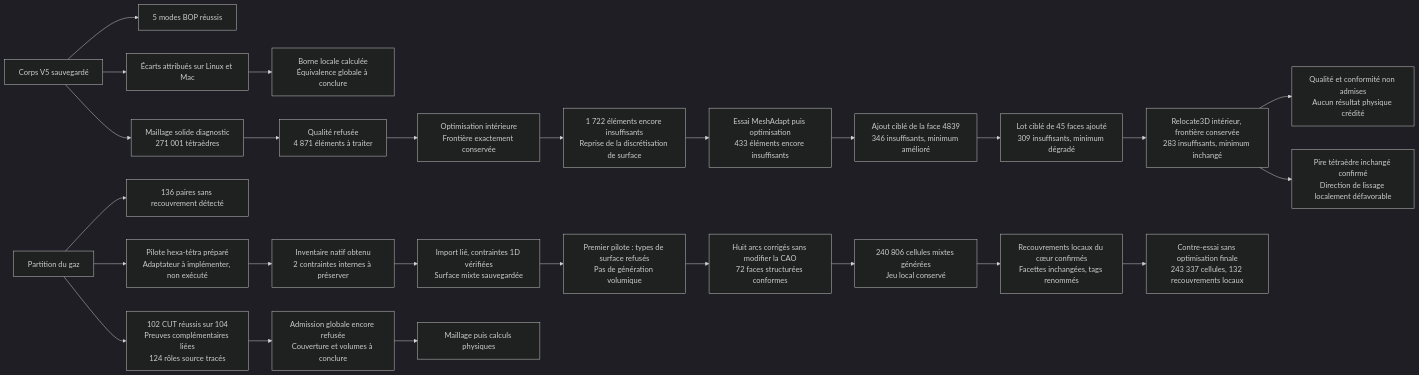
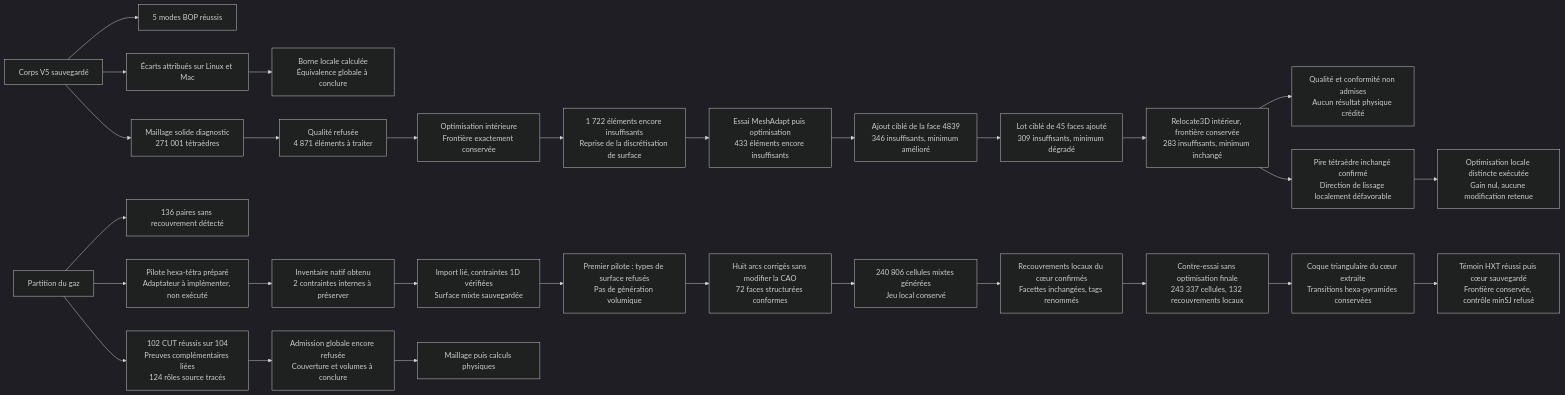
The diagram in docs/M64_GEOMETRY_CHECKPOINT_20260908.md (cluster2600/porscheparts), drawn with Mermaid (dark theme) before and after one commit. The commit also changed other lines of this file and 1 other file, not shown here.

Commit message:
docs(m64): record HXT core trial and independent mesh checks

````diff
--- a/docs/M64_GEOMETRY_CHECKPOINT_20260908.md
+++ b/docs/M64_GEOMETRY_CHECKPOINT_20260908.md
@@ -1058,28 +1147,31 @@
 ```mermaid
 flowchart LR
     A[Corps V5 sauvegardé] --> B[5 modes BOP réussis]
     A --> C[Écarts attribués sur Linux et Mac]
     C --> D[Borne locale calculée<br/>Équivalence globale à conclure]
     A --> J[Maillage solide diagnostic<br/>271 001 tétraèdres]
     J --> K[Qualité refusée<br/>4 871 éléments à traiter]
     K --> L[Optimisation intérieure<br/>Frontière exactement conservée]
     L --> M[1 722 éléments encore insuffisants<br/>Reprise de la discrétisation de surface]
     M --> O[Essai MeshAdapt puis optimisation<br/>433 éléments encore insuffisants]
     O --> P[Ajout ciblé de la face 4839<br/>346 insuffisants, minimum amélioré]
     P --> S[Lot ciblé de 45 faces ajouté<br/>309 insuffisants, minimum dégradé]
     S --> Y[Relocate3D intérieur, frontière conservée<br/>283 insuffisants, minimum inchangé]
     Y --> Q[Qualité et conformité non admises<br/>Aucun résultat physique crédité]
     E[Partition du gaz] --> F[136 paires sans recouvrement détecté]
     E --> N[Pilote hexa-tétra préparé<br/>Adaptateur à implémenter, non exécuté]
     N --> R[Inventaire natif obtenu<br/>2 contraintes internes à préserver]
     R --> T[Import lié, contraintes 1D vérifiées<br/>Surface mixte sauvegardée]
     T --> U[Premier pilote : types de surface refusés<br/>Pas de génération volumique]
     U --> V[Huit arcs corrigés sans modifier la CAO<br/>72 faces structurées conformes]
     V --> W[240 806 cellules mixtes générées<br/>Jeu local conservé]
     W --> X[Recouvrements locaux du cœur confirmés<br/>Facettes inchangées, tags renommés]
     X --> Z[Contre-essai sans optimisation finale<br/>243 337 cellules, 132 recouvrements locaux]
     Y --> AA[Pire tétraèdre inchangé confirmé<br/>Direction de lissage localement défavorable]
+    AA --> AB[Optimisation locale distincte exécutée<br/>Gain nul, aucune modification retenue]
+    Z --> AC[Coque triangulaire du cœur extraite<br/>Transitions hexa-pyramides conservées]
+    AC --> AD[Témoin HXT réussi puis cœur sauvegardé<br/>Frontière conservée, contrôle minSJ refusé]
     E --> G[102 CUT réussis sur 104<br/>Preuves complémentaires liées<br/>124 rôles source tracés]
     G --> H[Admission globale encore refusée<br/>Couverture et volumes à conclure]
     H --> I[Maillage puis calculs physiques]
 ```
````
